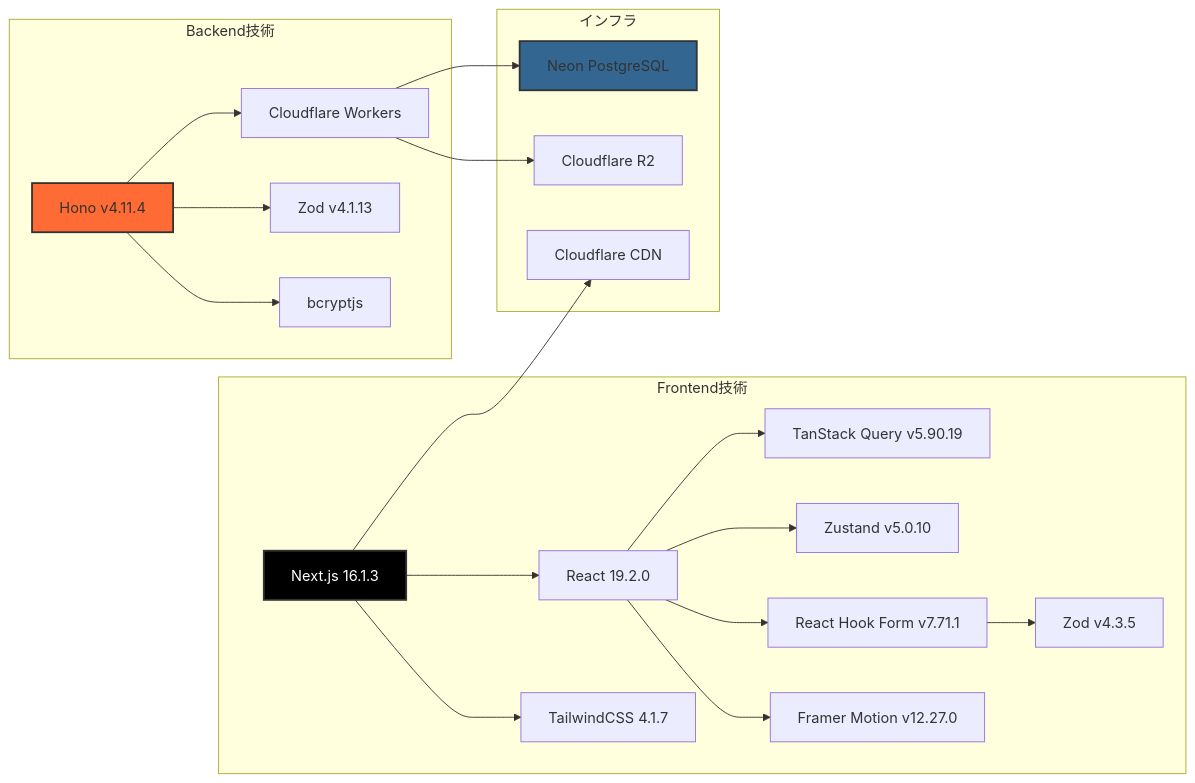
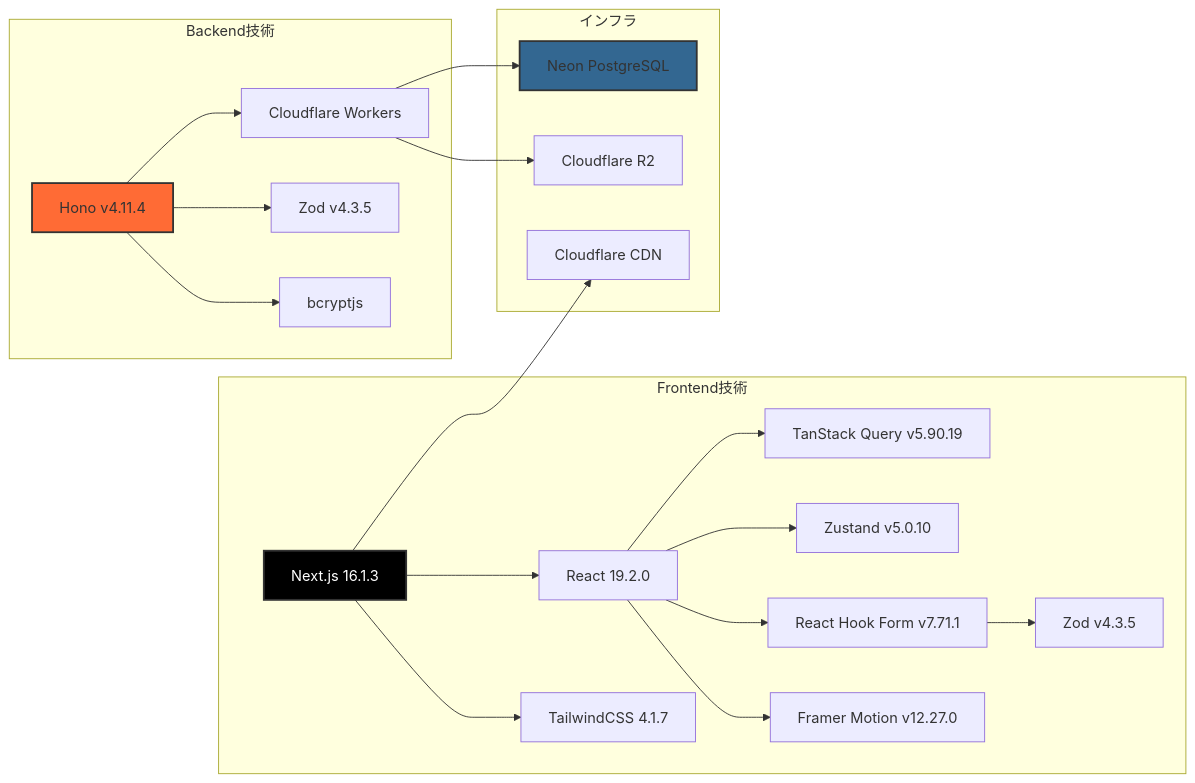
The fourth of 4 diagrams in readme.md (ProjectEuropa/Europa), drawn with Mermaid before and after one commit. The commit also changed other lines of this file and 2 other files, not shown here.

Commit message:
chore: zodのバージョンを4.3.5に更新し、関連ファイルを修正

````diff
--- a/readme.md
+++ b/readme.md
@@ -296,46 +296,46 @@
 ```mermaid
 graph LR
     subgraph "Frontend技術"
         NextJS[Next.js 16.1.3]
         React[React 19.2.0]
         TailwindCSS[TailwindCSS 4.1.7]
         TanStack[TanStack Query v5.90.19]
         Zustand[Zustand v5.0.10]
         RHF[React Hook Form v7.71.1]
         ZodFE[Zod v4.3.5]
         Framer[Framer Motion v12.27.0]
     end
 
     subgraph "Backend技術"
         Hono[Hono v4.11.4]
         Workers[Cloudflare Workers]
-        Zod[Zod v4.1.13]
+        Zod[Zod v4.3.5]
         Bcrypt[bcryptjs]
     end
 
     subgraph "インフラ"
         Neon[Neon PostgreSQL]
         R2[Cloudflare R2]
         CF[Cloudflare CDN]
     end
 
     NextJS --> React
     NextJS --> TailwindCSS
     React --> TanStack
     React --> Zustand
     React --> RHF
     RHF --> ZodFE
     React --> Framer
 
     Hono --> Workers
     Hono --> Zod
     Hono --> Bcrypt
 
     Workers --> Neon
     Workers --> R2
     NextJS --> CF
 
     style NextJS fill:#000,color:#fff,stroke:#333,stroke-width:2px
     style Hono fill:#ff6b35,stroke:#333,stroke-width:2px
     style Neon fill:#336791,stroke:#333,stroke-width:2px
 ```
````
